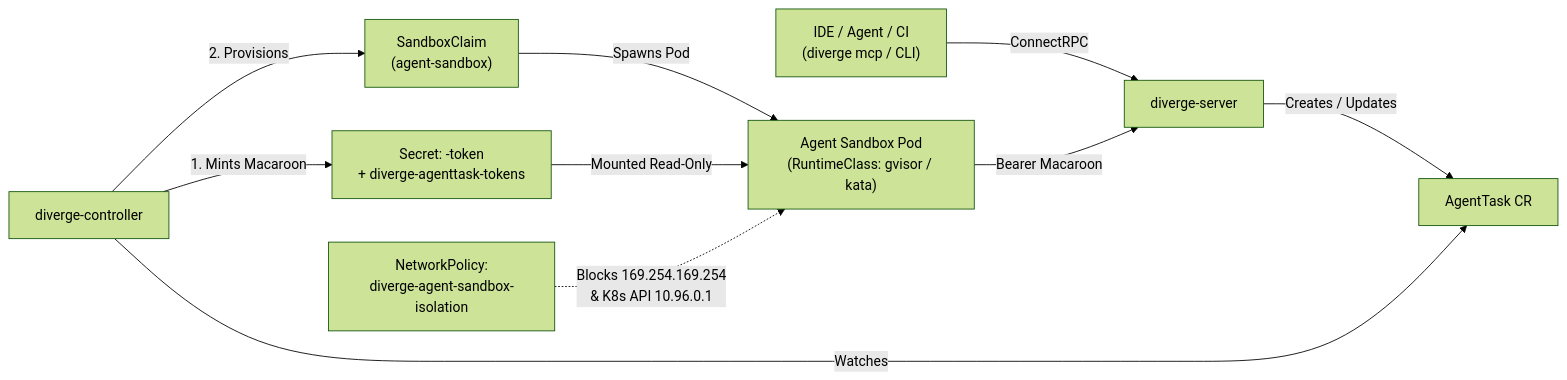
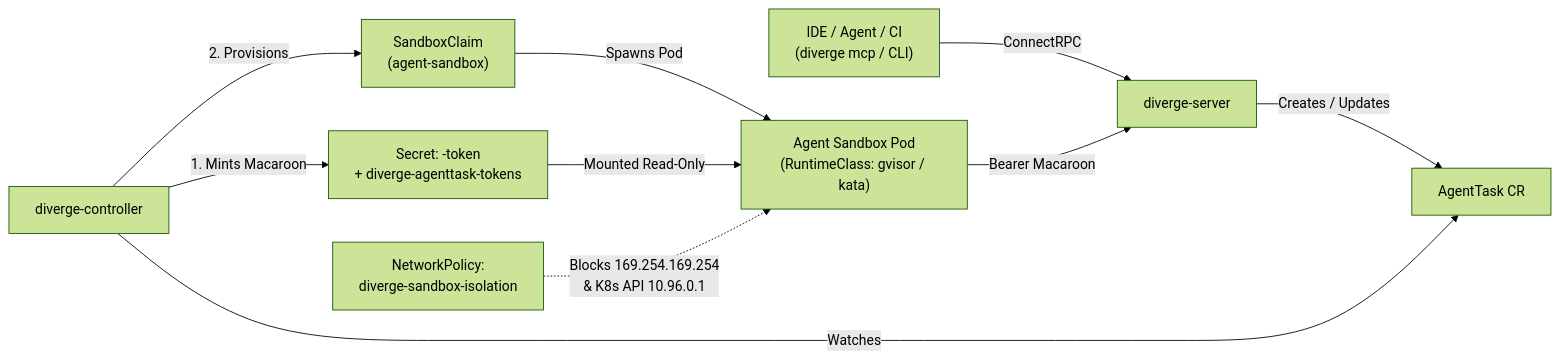
Before and after one commit to divergedev/diverge: the diagram in docs/guides/agent-sandboxes.md, drawn with Mermaid (forest theme). The commit also changed other lines of this file and 23 other files, not shown here.

````diff
--- a/docs/guides/agent-sandboxes.md
+++ b/docs/guides/agent-sandboxes.md
@@ -9,12 +9,12 @@
 ```mermaid
 flowchart LR
     IDE["IDE / Agent / CI\n(diverge mcp / CLI)"] -->|ConnectRPC| Srv["diverge-server"]
     Srv -->|Creates / Updates| AT["AgentTask CR"]
     Ctrl["diverge-controller"] -->|Watches| AT
     Ctrl -->|1. Mints Macaroon| Sec["Secret: <task>-token\n+ diverge-agenttask-tokens"]
     Ctrl -->|2. Provisions| Claim["SandboxClaim\n(agent-sandbox)"]
     Claim -->|Spawns Pod| Pod["Agent Sandbox Pod\n(RuntimeClass: gvisor / kata)"]
     Sec -->|Mounted Read-Only| Pod
     Pod -->|Bearer Macaroon| Srv
-    NP["NetworkPolicy:\ndiverge-agent-sandbox-isolation"] -.->|Blocks 169.254.169.254\n& K8s API 10.96.0.1| Pod
+    NP["NetworkPolicy:\ndiverge-sandbox-isolation"] -.->|Blocks 169.254.169.254\n& K8s API 10.96.0.1| Pod
 ```
````
